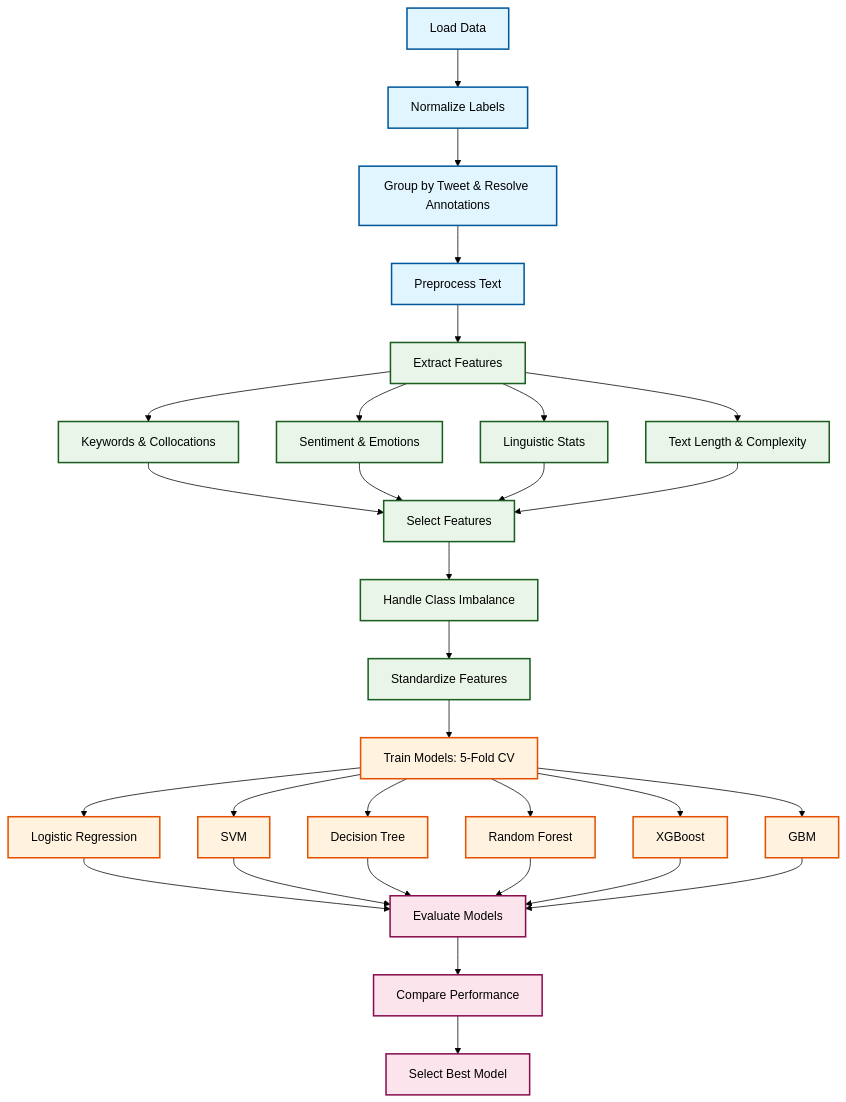
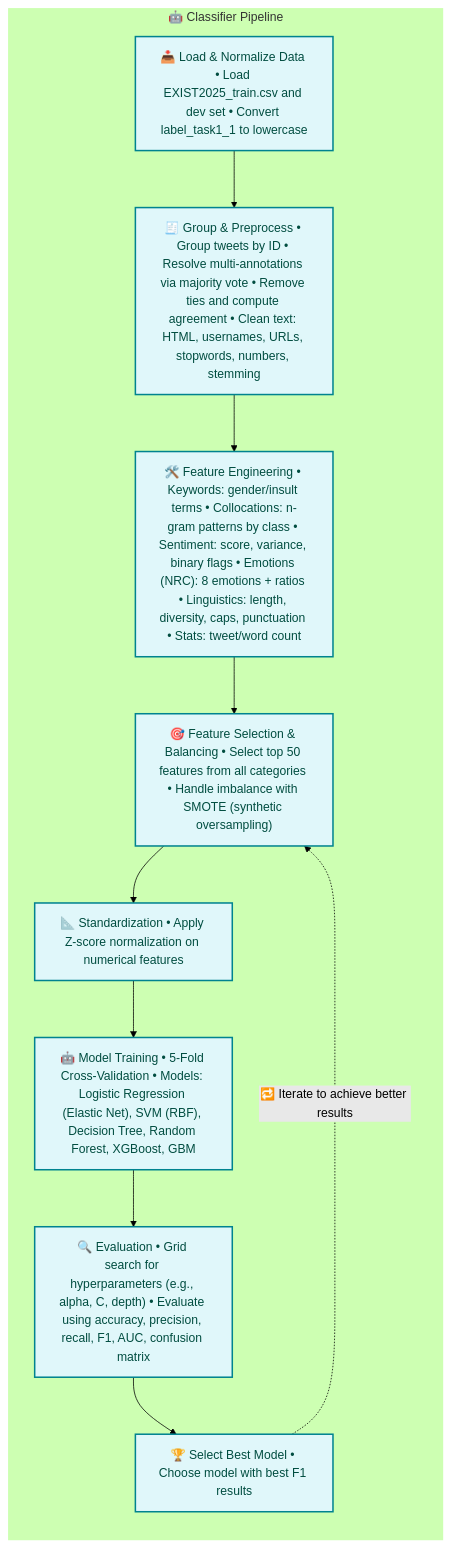
One commit to pinthoz/detecting-genre-bias-tweets changed the diagram in diagram.md. Above: the diagram before and after it, drawn with Mermaid (forest theme). The commit also changed 18 other files, not shown here.

````diff
--- a/diagram.md
+++ b/diagram.md
@@ -1,55 +1,35 @@
 ```mermaid 
-flowchart TD
-    %% Data Loading & Preprocessing
-    A[Load Data] --> B[Normalize Labels]
-    B --> C[Group by Tweet & Resolve Annotations]
-    C --> D[Preprocess Text]
+flowchart LR
+ subgraph c1["🤖 Classifier Pipeline"]
+        A["📥 Load & Normalize Data • Load EXIST2025_train.csv and dev set • Convert label_task1_1 to lowercase"]
+        B["🧾 Group & Preprocess • Group tweets by ID • Resolve multi-annotations via majority vote • Remove ties and compute agreement • Clean text: HTML, usernames, URLs, stopwords, numbers, stemming"]
+        C["🛠️ Feature Engineering • Keywords: gender/insult terms • Collocations: n-gram patterns by class • Sentiment: score, variance, binary flags • Emotions (NRC): 8 emotions + ratios • Linguistics: length, diversity, caps, punctuation • Stats: tweet/word count"]
+        D["🎯 Feature Selection & Balancing • Select top 50 features from all categories • Handle imbalance with SMOTE (synthetic oversampling)"]
+        E["📐 Standardization • Apply Z-score normalization on numerical features"]
+        F["🤖 Model Training • 5-Fold Cross-Validation • Models: Logistic Regression (Elastic Net), SVM (RBF), Decision Tree, Random Forest, XGBoost, GBM"]
+        G["🔍 Evaluation • Grid search for hyperparameters (e.g., alpha, C, depth) • Evaluate using accuracy, precision, recall, F1, AUC, confusion matrix"]
+        H["🏆 Select Best Model • Choose model with best F1 results"]
+  end
+    A --> B
+    B --> C
+    C --> D
+    D --> E
+    E --> F
+    F --> G
+    G --> H
+    H -. 🔁 Iterate to achieve better results .-> D
+     A:::container
+     B:::container
+     C:::container
+     D:::container
+     E:::container
+     F:::container
+     G:::container
+     H:::container
+    classDef container fill:#e0f7fa,stroke:#00838f,color:#004d40,stroke-width:2px
+    classDef boundary fill:#ffffff,stroke:#006064,stroke-width:3px,stroke-dasharray:5 5,color:#000000
+    style c1 stroke:none
 
-    %% Feature Engineering
-    D --> E[Extract Features]
-    E --> E1[Keywords & Collocations]
-    E --> E2[Sentiment & Emotions]
-    E --> E3[Linguistic Stats]
-    E --> E4[Text Length & Complexity]
-
-    %% Feature Selection & Balancing
-    E1 --> F[Select Features]
-    E2 --> F
-    E3 --> F
-    E4 --> F
-    F --> G[Handle Class Imbalance]
-    G --> H[Standardize Features]
-
-    %% Model Training
-    H --> I[Train Models: 5-Fold CV]
-    I --> I1[Logistic Regression]
-    I --> I2[SVM]
-    I --> I3[Decision Tree]
-    I --> I4[Random Forest]
-    I --> I5[XGBoost]
-    I --> I6[GBM]
-
-    %% Evaluation & Selection
-    I1 --> J[Evaluate Models]
-    I2 --> J
-    I3 --> J
-    I4 --> J
-    I5 --> J
-    I6 --> J
-    J --> K[Compare Performance]
-    K --> L[Select Best Model]
-
-    %% Styling
-    classDef dataNode fill:#e1f5fe,stroke:#01579b,stroke-width:2px
-    classDef processNode fill:#f3e5f5,stroke:#4a148c,stroke-width:2px
-    classDef featureNode fill:#e8f5e8,stroke:#1b5e20,stroke-width:2px
-    classDef modelNode fill:#fff3e0,stroke:#e65100,stroke-width:2px
-    classDef evalNode fill:#fce4ec,stroke:#880e4f,stroke-width:2px
-
-    class A,B,C,D dataNode
-    class E,E1,E2,E3,E4,F,G,H featureNode
-    class I,I1,I2,I3,I4,I5,I6 modelNode
-    class J,K,L evalNode
 
 
 ```
````
